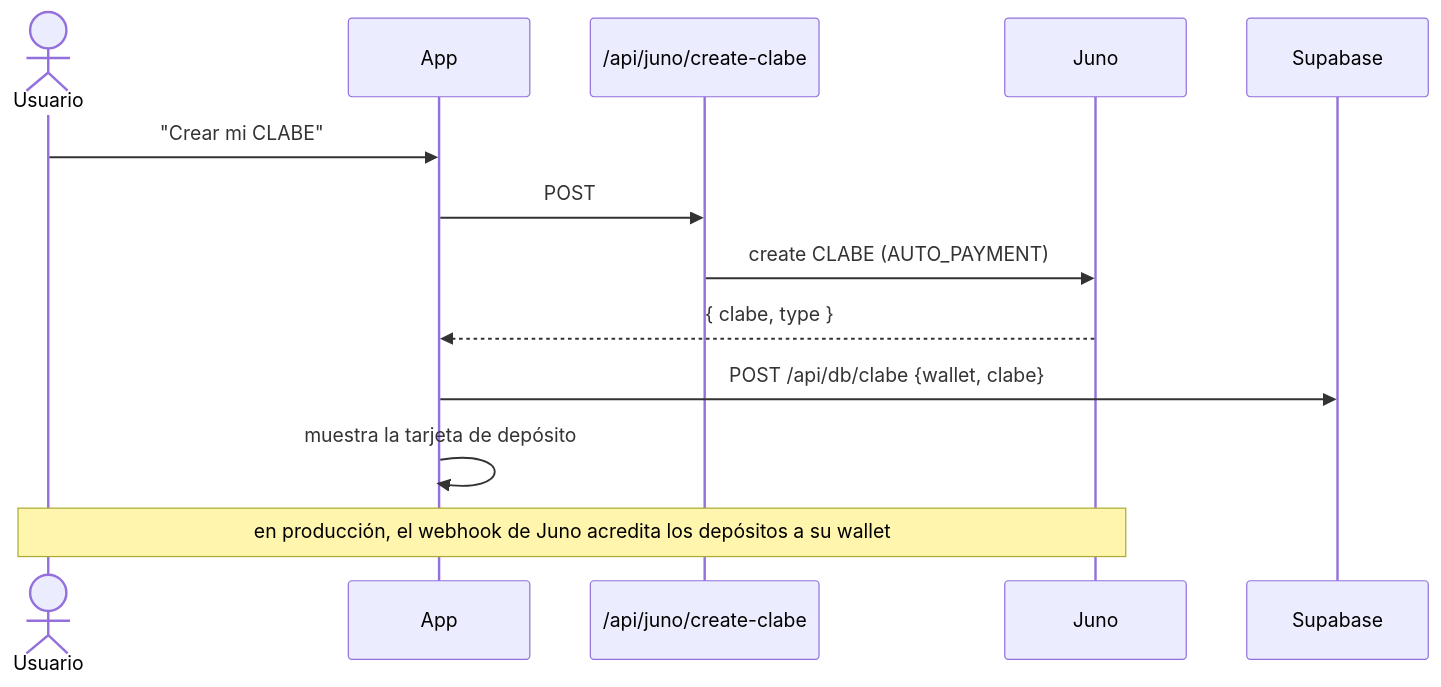
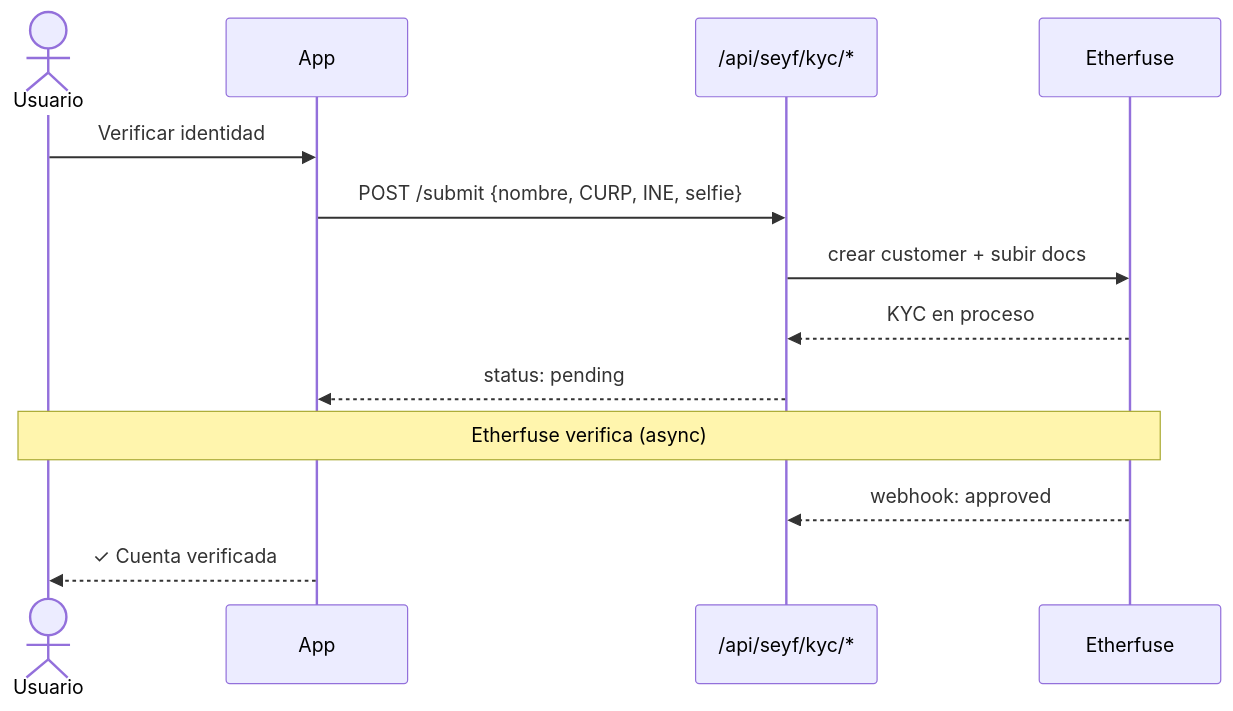
The fifth of 5 diagrams in README.md (Seyfert-Labs/SEYF-P), drawn with Mermaid before and after one commit. The commit also changed other lines of this file and 1 other file, not shown here.

First line of the commit message:
docs: update READMEs to reflect Stellar/DeFindex/Soroswap/Etherfuse architecture

````diff
--- a/README.md
+++ b/README.md
@@ -247,15 +208,15 @@
 ```mermaid
 sequenceDiagram
     actor U as Usuario
     participant App
-    participant API as /api/juno/create-clabe
-    participant Juno
-    participant SB as Supabase
-    U->>App: "Crear mi CLABE"
-    App->>API: POST
-    API->>Juno: create CLABE (AUTO_PAYMENT)
-    Juno-->>App: { clabe, type }
-    App->>SB: POST /api/db/clabe {wallet, clabe}
-    App->>App: muestra la tarjeta de depósito
-    Note over U,Juno: en producción, el webhook de Juno acredita los depósitos a su wallet
+    participant API as /api/seyf/kyc/*
+    participant Etherfuse
+    U->>App: Verificar identidad
+    App->>API: POST /submit {nombre, CURP, INE, selfie}
+    API->>Etherfuse: crear customer + subir docs
+    Etherfuse-->>API: KYC en proceso
+    API-->>App: status: pending
+    Note over U,Etherfuse: Etherfuse verifica (async)
+    Etherfuse-->>API: webhook: approved
+    App-->>U: ✓ Cuenta verificada
 ```
````
